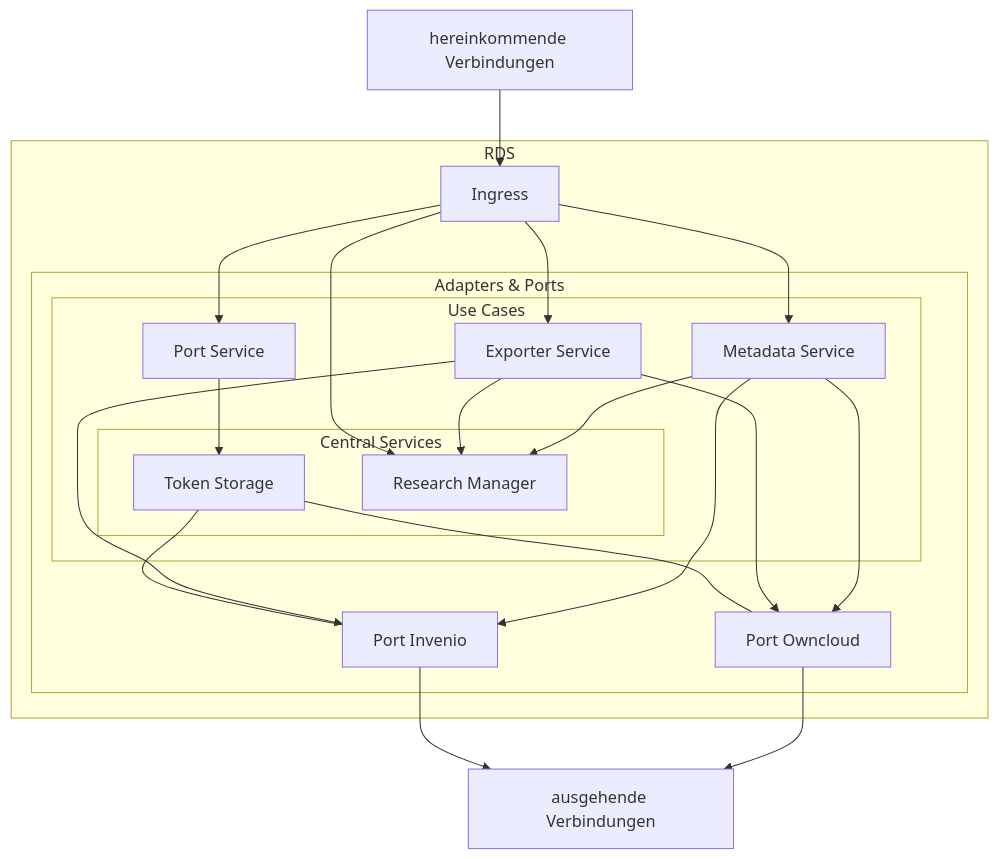
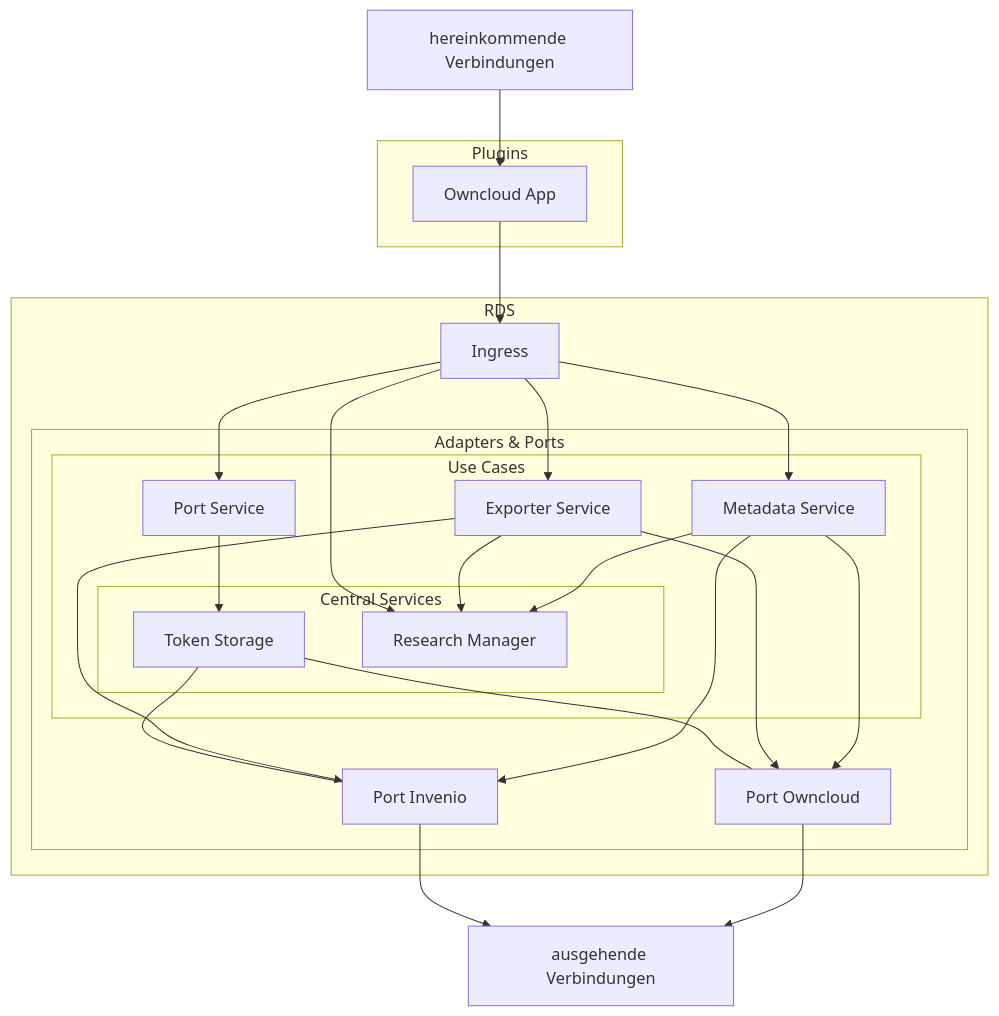
One commit to Sciebo-RDS/Sciebo-RDS changed the diagram in docs/content/doc/impl/infrastructure/ecosystem.de.md. Above: the diagram before and after it, drawn with Mermaid. The commit also changed 1 other file, not shown here.

Commit message:
update ecosystem

````diff
--- a/docs/content/doc/impl/infrastructure/ecosystem.de.md
+++ b/docs/content/doc/impl/infrastructure/ecosystem.de.md
@@ -18,62 +18,66 @@
 ```mermaid
 graph TD;
   %% define nodes
-
-  WWWI[hereinkommende Verbindungen]
+  
+  subgraph Plugins
+      OP[Owncloud App]
+  end
 
   subgraph RDS
     Ingress
 
     subgraph Adapters & Ports
       %% SPAEx[SPA Exporter]
       %% SPATS[SPA Token Storage]
 
       PInvenio[Port Invenio]
       POwncloud[Port Owncloud]
 
       subgraph Use Cases
         UCExporter[Exporter Service]
         UCPort[Port Service]
         UCMetadata[Metadata Service]
         %% UCProject[Project Service]
 
         subgraph Central Services
           CSToken[Token Storage]
           CSProject[Research Manager]
         end
       end
     end
   end
 
+  WWWI[hereinkommende Verbindungen]
   WWWO[ausgehende Verbindungen]
 
   click PInvenio "/de/doc/impl/ports/port-invenio"
   click POwncloud "/de/doc/impl/ports/port-storage"
 
   click UCPort "/de/doc/impl/use-cases/port-service"
   click UCExporter "/de/doc/impl/use-cases/exporter"
   click UCMetadata "/de/doc/impl/use-cases/metadata"
 
   click CSProject "/de/doc/impl/central/research-manager"
   click CSToken ""/de/doc/impl/central/token-storage""
 
   %% define connections
-  WWWI --> Ingress
+  WWWI --> OP
+  OP --> Ingress
 
   %% Ingress --> SPAEx --> UCExporter
   %% Ingress --> SPATS --> CSToken
   %% Ingress -->|Nur für die Registration von neuen Tokens| ARegister
   Ingress --> CSProject & UCExporter & UCMetadata & UCPort
 
   %% UCExporter --> UCProject
   %% UCProject --> CSProject
   UCPort --> CSToken
 
   CSToken --- PInvenio & POwncloud
   UCExporter & UCMetadata --> PInvenio & POwncloud & CSProject
 
   %% PInvenio --> POwncloud
 
   PInvenio --> WWWO
   POwncloud --> WWWO
 ```
````
